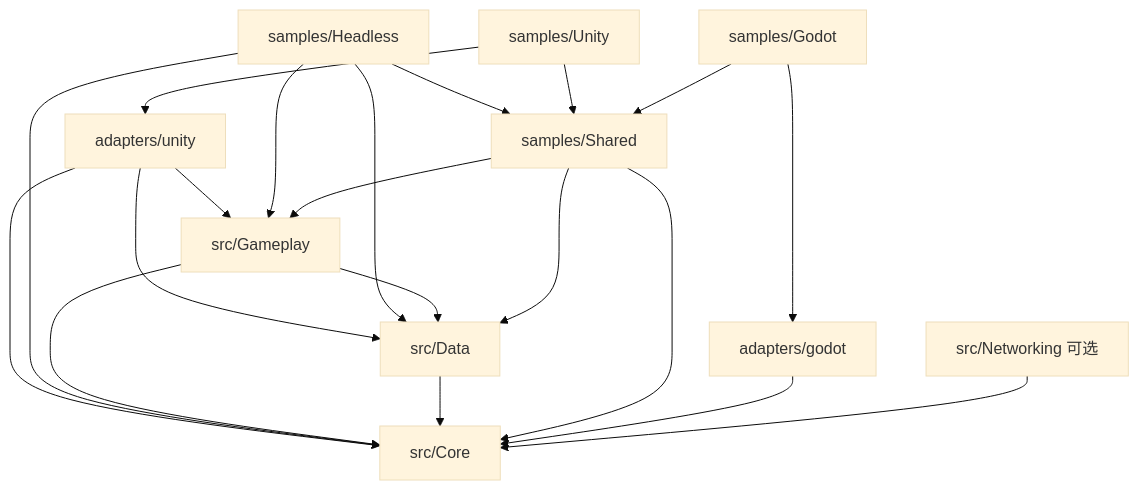
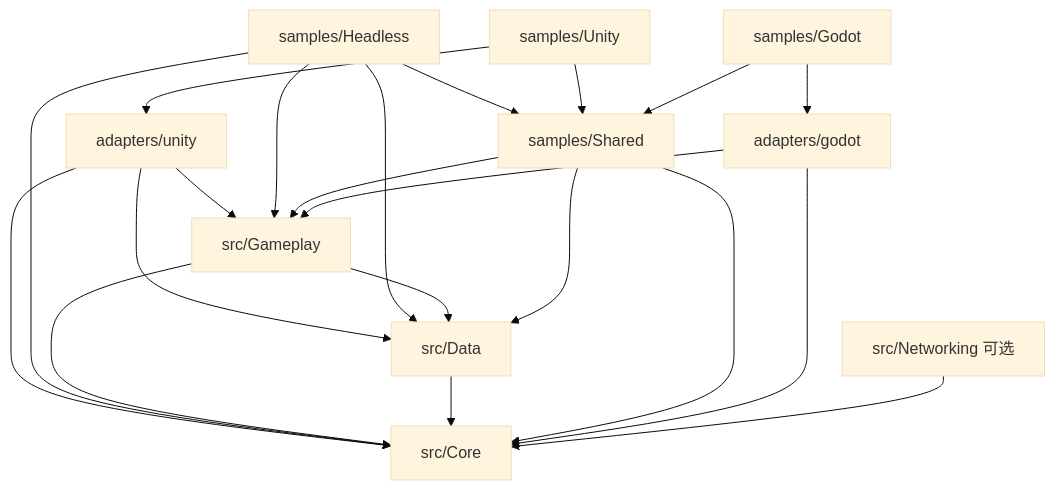
The diagram in GUIDE.md (qian488/AwithGameFramework), drawn with Mermaid (base theme) before and after one commit. The commit also changed other lines of this file and 238 other files, not shown here.

````diff
--- a/GUIDE.md
+++ b/GUIDE.md
@@ -13,22 +13,23 @@
 ```mermaid
 graph TD
     UnitySample[samples/Unity] --> Unity[adapters/unity]
     Unity --> Gameplay[src/Gameplay]
     Unity --> Data[src/Data]
     Unity --> Core[src/Core]
     Headless[samples/Headless] --> Gameplay
     Headless --> Data
     Headless --> Core
     Gameplay --> Data
     Gameplay --> Core
     Data --> Core
     Shared[samples/Shared] --> Gameplay
     Shared --> Data
     Shared --> Core
     Headless --> Shared
     UnitySample --> Shared
     GodotSample[samples/Godot] --> Godot[adapters/godot]
     GodotSample --> Shared
     Godot --> Core
+    Godot --> Gameplay
     Networking[src/Networking 可选] --> Core
 ```
````
